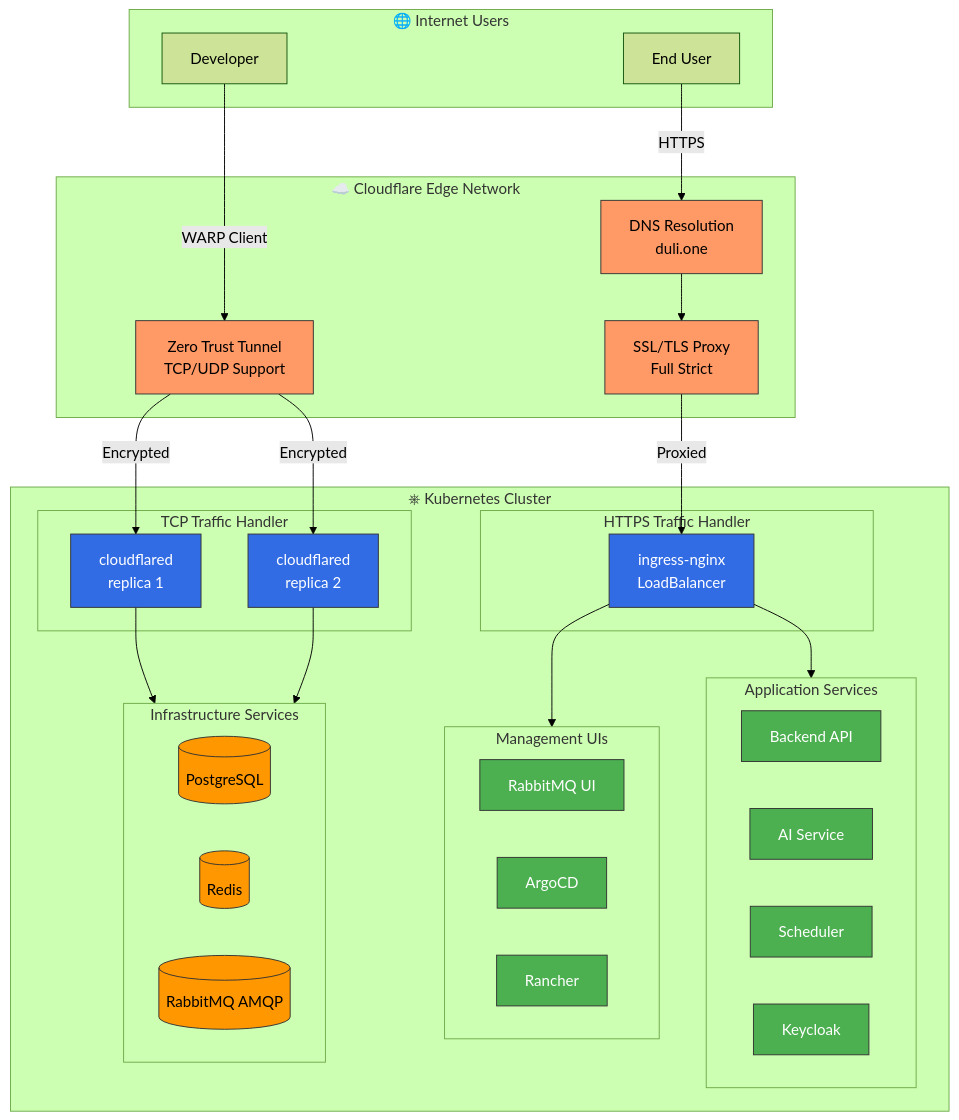
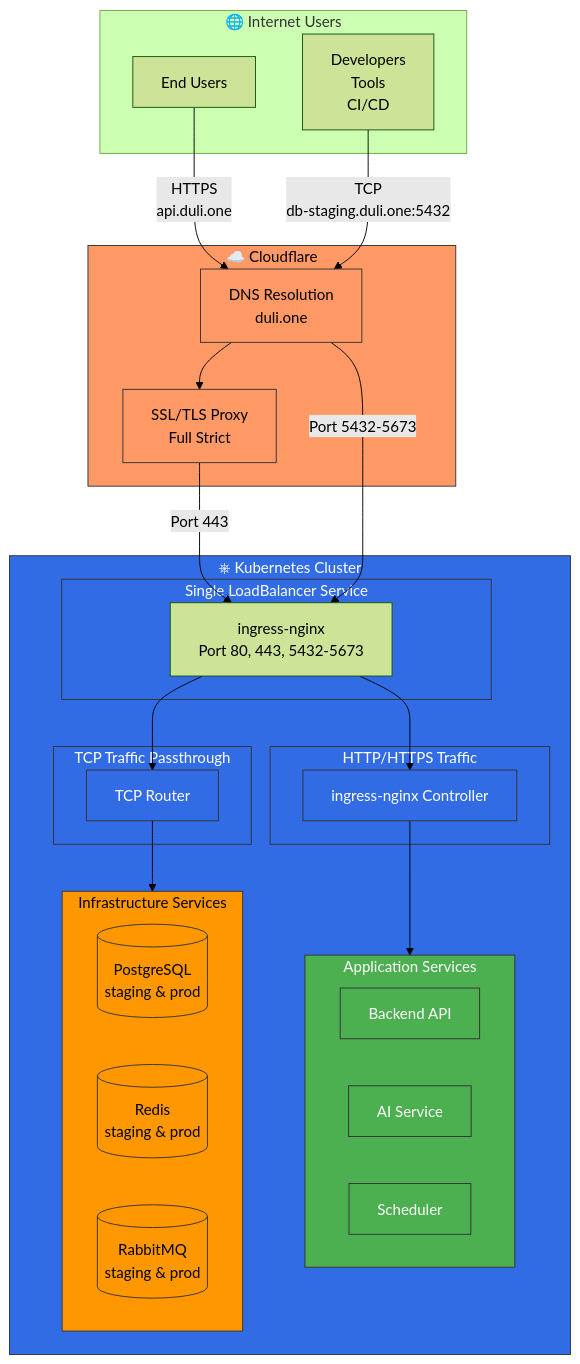
One commit to aalexx-le/duli-infrastructure changed the diagram in docs/cloudflare.md. Above: the diagram before and after it, drawn with Mermaid (forest theme). The commit also changed other lines of this file and 6 other files, not shown here.

````diff
--- a/docs/cloudflare.md
+++ b/docs/cloudflare.md
@@ -24,65 +24,59 @@
 ```mermaid
 graph TB
     subgraph Internet["🌐 Internet Users"]
-        USER1[Developer]
-        USER2[End User]
+        DEV["Developers<br/>Tools<br/>CI/CD"]
+        ENDUSER["End Users"]
     end
     
-    subgraph Cloudflare["☁️ Cloudflare Edge Network"]
-        DNS[DNS Resolution<br/>duli.one]
-        SSL[SSL/TLS Proxy<br/>Full Strict]
-        TUNNEL[Zero Trust Tunnel<br/>TCP/UDP Support]
+    subgraph Cloudflare["☁️ Cloudflare"]
+        DNS["DNS Resolution<br/>duli.one"]
+        SSL["SSL/TLS Proxy<br/>Full Strict"]
     end
     
     subgraph Kubernetes["⎈ Kubernetes Cluster"]
-        subgraph Ingress["HTTPS Traffic Handler"]
-            LB[ingress-nginx<br/>LoadBalancer]
+        subgraph LoadBalancer["Single LoadBalancer Service"]
+            LB["ingress-nginx<br/>Port 80, 443, 5432-5673"]
         end
         
-        subgraph CloudflaredPods["TCP Traffic Handler"]
-            CF1[cloudflared<br/>replica 1]
-            CF2[cloudflared<br/>replica 2]
+        subgraph HTTP["HTTP/HTTPS Traffic"]
+            INGRESS["ingress-nginx Controller"]
+        end
+        
+        subgraph TCP["TCP Traffic Passthrough"]
+            TCPROUTE["TCP Router"]
         end
         
         subgraph AppServices["Application Services"]
-            BACKEND[Backend API]
-            AI[AI Service]
-            SCHEDULER[Scheduler]
-            KEYCLOAK[Keycloak]
-        end
-        
-        subgraph MgmtUIs["Management UIs"]
-            RABBITMQ_UI[RabbitMQ UI]
-            ARGOCD[ArgoCD]
-            RANCHER[Rancher]
+            BACKEND["Backend API"]
+            AI["AI Service"]
+            SCHEDULER["Scheduler"]
         end
         
         subgraph InfraServices["Infrastructure Services"]
-            POSTGRES[(PostgreSQL)]
-            REDIS[(Redis)]
-            RABBITMQ[(RabbitMQ AMQP)]
+            POSTGRES[("PostgreSQL<br/>staging & prod")]
+            REDIS[("Redis<br/>staging & prod")]
+            RABBITMQ[("RabbitMQ<br/>staging & prod")]
         end
     end
     
-    USER2 -->|HTTPS| DNS
+    ENDUSER -->|HTTPS<br/>api.duli.one| DNS
     DNS --> SSL
-    SSL -->|Proxied| LB
-    LB --> AppServices
-    LB --> MgmtUIs
+    SSL -->|Port 443| LB
+    LB --> INGRESS
+    INGRESS --> AppServices
     
-    USER1 -->|WARP Client| TUNNEL
-    TUNNEL -->|Encrypted| CF1
-    TUNNEL -->|Encrypted| CF2
-    CF1 --> InfraServices
-    CF2 --> InfraServices
+    DEV -->|TCP<br/>db-staging.duli.one:5432| DNS
+    DNS -->|Port 5432-5673| LB
+    LB --> TCPROUTE
+    TCPROUTE --> InfraServices
     
-    classDef cloudflare fill:#f96,stroke:#333,color:#000
-    classDef kubernetes fill:#326ce5,stroke:#333,color:#fff
+    classDef cf fill:#f96,stroke:#333,color:#000
+    classDef k8s fill:#326ce5,stroke:#333,color:#fff
     classDef app fill:#4caf50,stroke:#333,color:#fff
     classDef infra fill:#ff9800,stroke:#333,color:#000
     
-    class DNS,SSL,TUNNEL cloudflare
-    class LB,CF1,CF2 kubernetes
-    class BACKEND,AI,SCHEDULER,KEYCLOAK,RABBITMQ_UI,ARGOCD,RANCHER app
-    class POSTGRES,REDIS,RABBITMQ infra
+    class Cloudflare,DNS,SSL cf
+    class Kubernetes,LoadBalancer,HTTP,TCP,INGRESS,TCPROUTE k8s
+    class AppServices,BACKEND,AI,SCHEDULER app
+    class InfraServices,POSTGRES,REDIS,RABBITMQ infra
 ```
````
